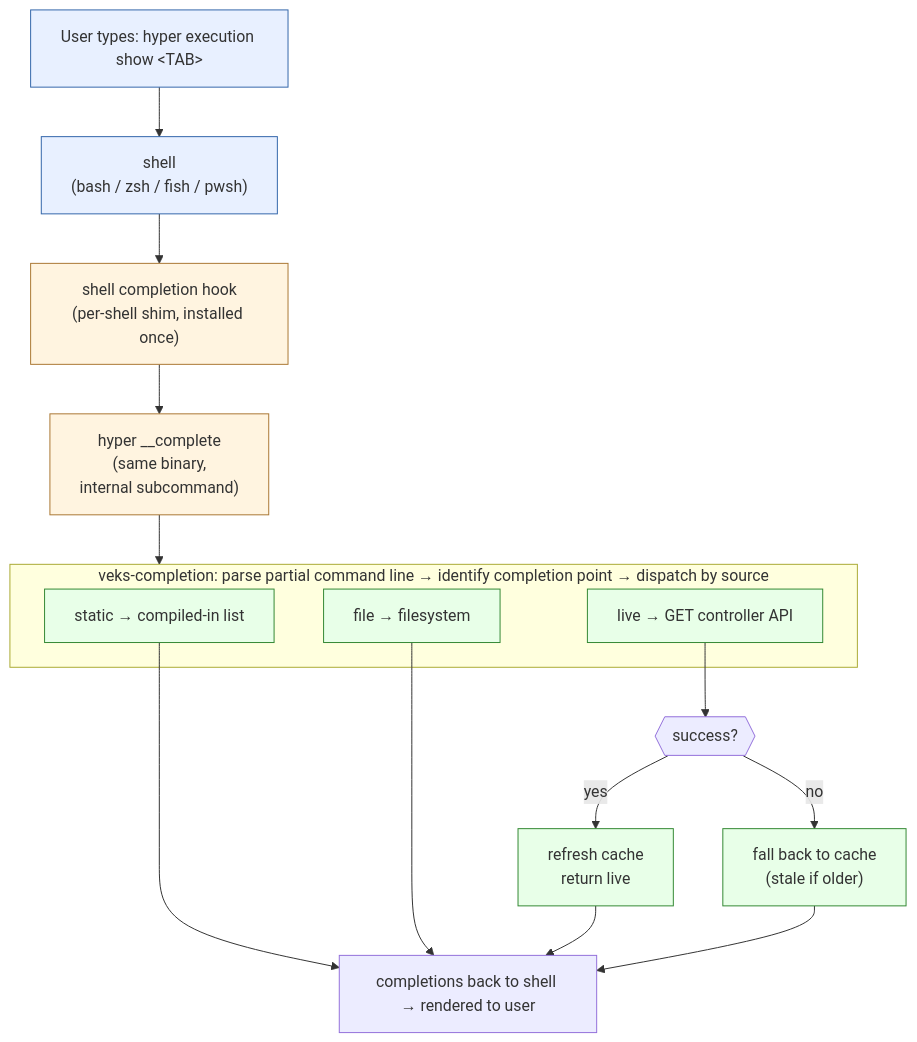
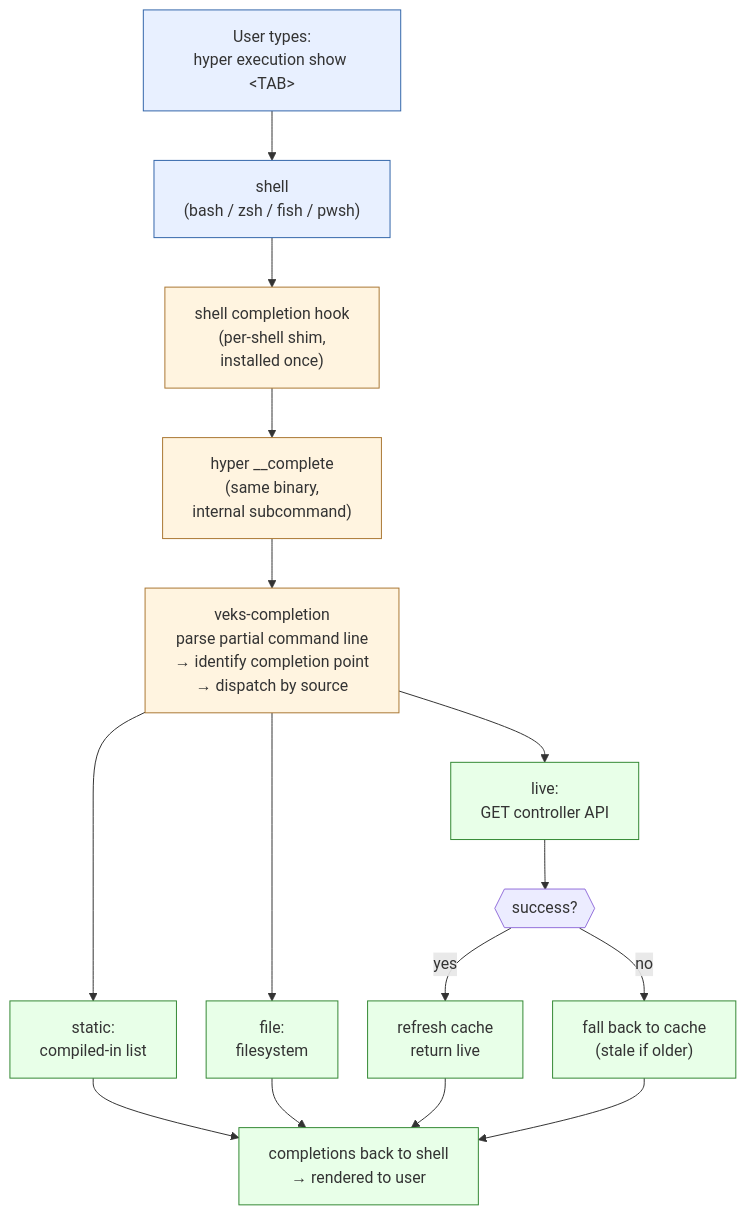
Before and after one commit to nosqlbench/hyperplane-rs: the diagram in docs/design/diagrams/SRD-0109/completion-architecture.mmd, drawn with Mermaid. The commit also changed 32 other files, not shown here.

```diff
--- a/docs/design/diagrams/SRD-0109/completion-architecture.mmd
+++ b/docs/design/diagrams/SRD-0109/completion-architecture.mmd
@@ -1,32 +1,33 @@
 %% Copyright (c) Jonathan Shook
 %% SPDX-License-Identifier: Apache-2.0
+%%{init: {'flowchart': {'nodeSpacing': 30, 'rankSpacing': 50}}}%%
 flowchart TB
-    User["User types: hyper execution show &lt;TAB&gt;"]
+    User["User types:<br/>hyper execution show &lt;TAB&gt;"]
     Shell["shell<br/>(bash / zsh / fish / pwsh)"]
-    Shim["shell completion hook<br/>(per-shell shim, installed once)"]
+    Shim["shell completion hook<br/>(per-shell shim,<br/>installed once)"]
     Hyper["hyper __complete<br/>(same binary,<br/>internal subcommand)"]
+    Parser["veks-completion<br/>parse partial command line<br/>→ identify completion point<br/>→ dispatch by source"]
 
-    subgraph Dispatch ["veks-completion: parse partial command line → identify completion point → dispatch by source"]
-        Static["static → compiled-in list"]
-        File["file → filesystem"]
-        Live["live → GET controller API"]
-    end
+    Static["static:<br/>compiled-in list"]
+    File["file:<br/>filesystem"]
+    Live["live:<br/>GET controller API"]
 
-    Live --> LC{{"success?"}}
-    LC -- yes --> Refresh["refresh cache<br/>return live"]
-    LC -- no --> Fall["fall back to cache<br/>(stale if older)"]
+    LC{{"success?"}}
+    Refresh["refresh cache<br/>return live"]
+    Fall["fall back to cache<br/>(stale if older)"]
 
-    Out["completions back to shell → rendered to user"]
+    Out["completions back to shell<br/>→ rendered to user"]
 
-    User --> Shell --> Shim --> Hyper --> Dispatch
-    Static --> Out
-    File --> Out
-    Refresh --> Out
-    Fall --> Out
+    User --> Shell --> Shim --> Hyper --> Parser
+    Parser --> Static --> Out
+    Parser --> File --> Out
+    Parser --> Live --> LC
+    LC -- yes --> Refresh --> Out
+    LC -- no --> Fall --> Out
 
     classDef user fill:#e8f0ff,stroke:#3366aa
     classDef bin fill:#fff4e0,stroke:#aa7733
     classDef dispatch fill:#e8ffe8,stroke:#338833
     class User,Shell user
-    class Shim,Hyper bin
-    class Static,File,Live,Refresh,Fall dispatch
+    class Shim,Hyper,Parser bin
+    class Static,File,Live,Refresh,Fall,Out dispatch
```
